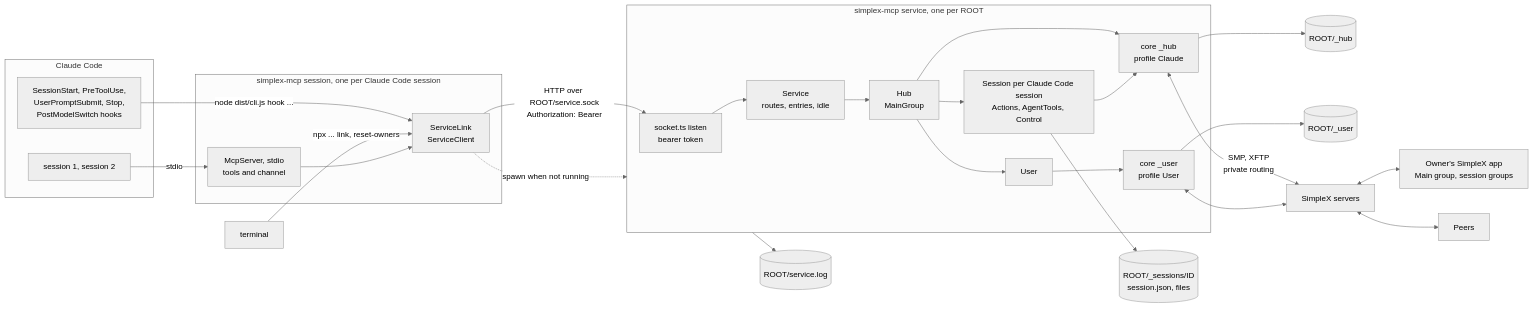
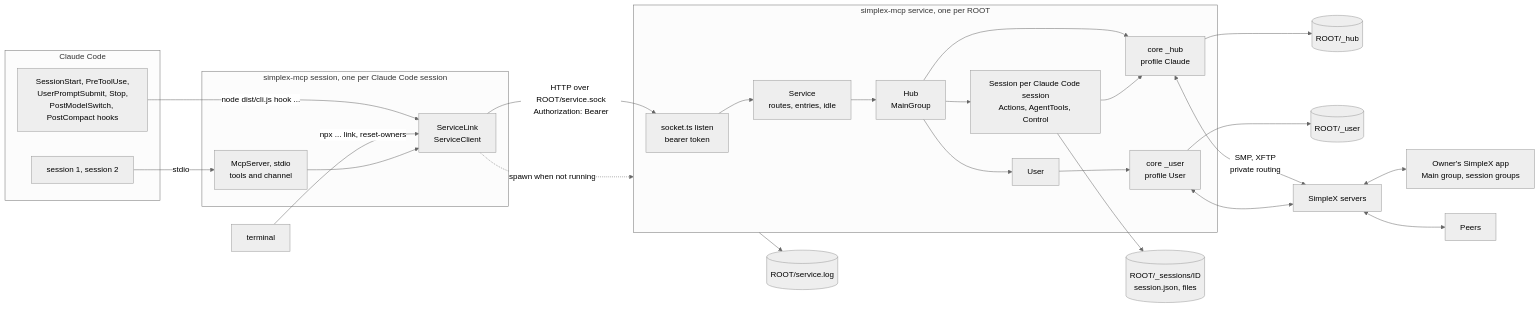
Before and after one commit to simplex-chat/simplex-chat: the third of 6 diagrams in packages/simplex-chat-mcp/spec/architecture.md, drawn with Mermaid (neutral theme). The commit also changed other lines of this file and 14 other files, not shown here.

````diff
--- a/packages/simplex-chat-mcp/spec/architecture.md
+++ b/packages/simplex-chat-mcp/spec/architecture.md
@@ -717,40 +717,40 @@
 ```mermaid
 flowchart LR
   subgraph cc["Claude Code"]
     ses["session 1, session 2"]
-    hk["SessionStart, PreToolUse,<br/>UserPromptSubmit, Stop,<br/>PostModelSwitch hooks"]
+    hk["SessionStart, PreToolUse,<br/>UserPromptSubmit, Stop,<br/>PostModelSwitch, PostCompact hooks"]
   end
   subgraph ps["simplex-mcp session, one per Claude Code session"]
     mcp["McpServer, stdio<br/>tools and channel"]
     link["ServiceLink<br/>ServiceClient"]
   end
   subgraph pd["simplex-mcp service, one per ROOT"]
     sock["socket.ts listen<br/>bearer token"]
     dm["Service<br/>routes, entries, idle"]
     hub["Hub<br/>MainGroup"]
     sess["Session per Claude Code session<br/>Actions, AgentTools, Control"]
     user["User"]
     hcore["core _hub<br/>profile Claude"]
     ucore["core _user<br/>profile User"]
   end
   ses -->|stdio| mcp
   hk -->|"node dist/cli.js hook ..."| link
   term["terminal"] -->|"npx ... link, reset-owners"| link
   mcp --> link
   link -->|"HTTP over ROOT/service.sock<br/>Authorization: Bearer"| sock
   link -.->|"spawn when not running"| pd
   sock --> dm --> hub
   hub --> sess
   hub --> user
   hub --> hcore
   sess --> hcore
   user --> ucore
   hcore --> hdb[("ROOT/_hub")]
   ucore --> udb[("ROOT/_user")]
   sess --> sdb[("ROOT/_sessions/ID<br/>session.json, files")]
   hcore <-->|"SMP, XFTP<br/>private routing"| net["SimpleX servers"]
   ucore <--> net
   net <--> owner["Owner's SimpleX app<br/>Main group, session groups"]
   net <--> peers["Peers"]
   pd --> logf[("ROOT/service.log")]
 ```
````
